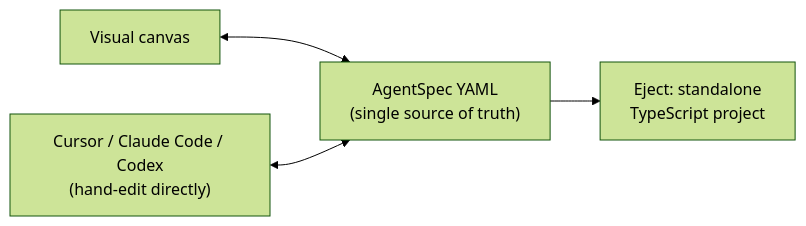
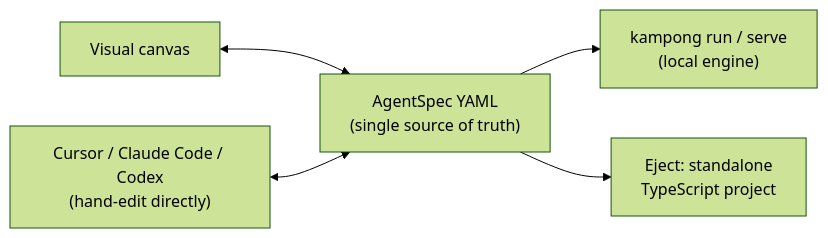
Before and after one commit to leejianrong/kampong-agents: the diagram in README.md, drawn with Mermaid (forest theme). The commit also changed other lines of this file and 11 other files, not shown here.

````diff
--- a/README.md
+++ b/README.md
@@ -17,11 +10,13 @@
 ```mermaid
 flowchart LR
   canvas["Visual canvas"]
   spec["AgentSpec YAML\n(single source of truth)"]
   external["Cursor / Claude Code / Codex\n(hand-edit directly)"]
+  run["kampong run / serve\n(local engine)"]
   export["Eject: standalone\nTypeScript project"]
 
   canvas <--> spec
   external <--> spec
+  spec --> run
   spec --> export
 ```
````
